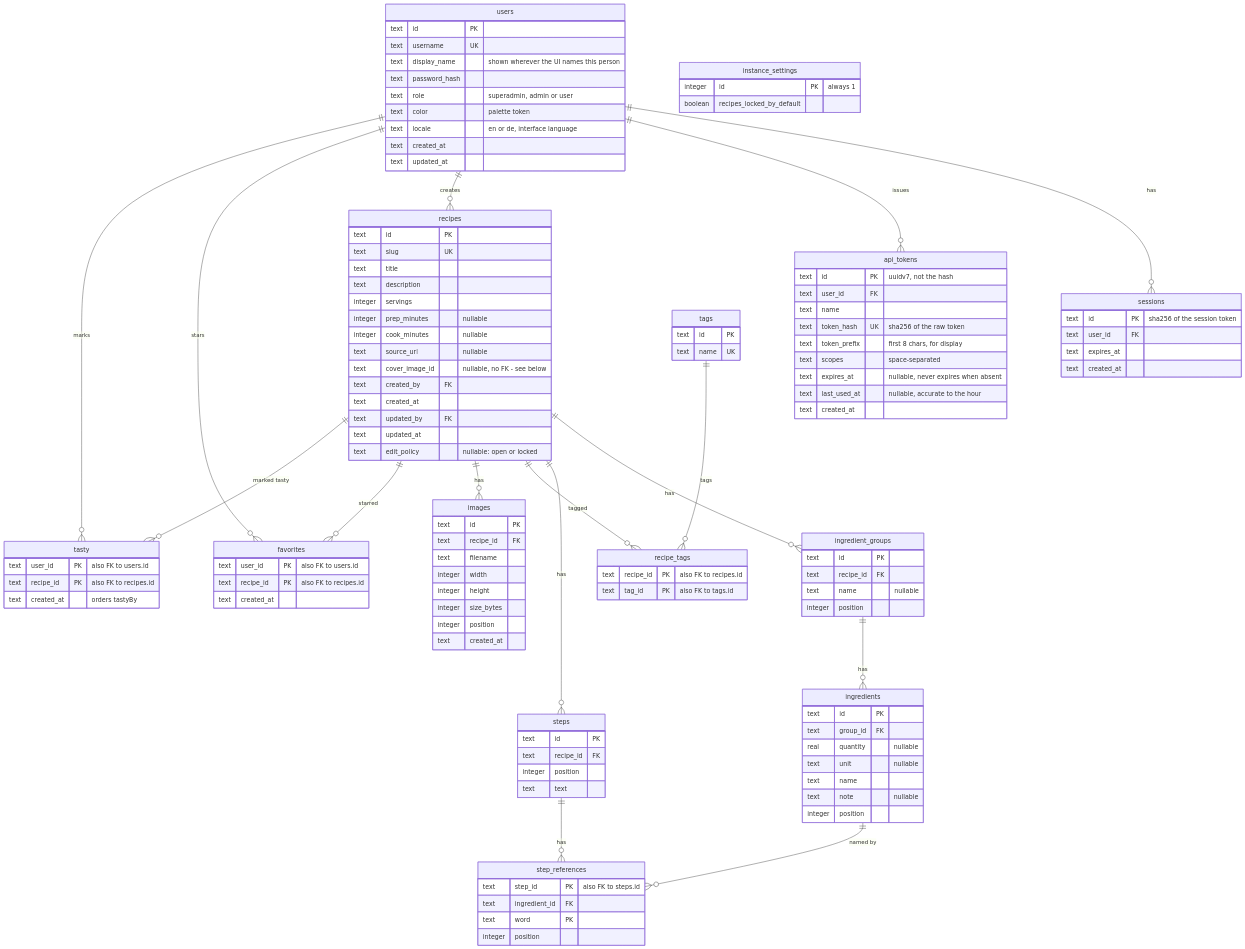
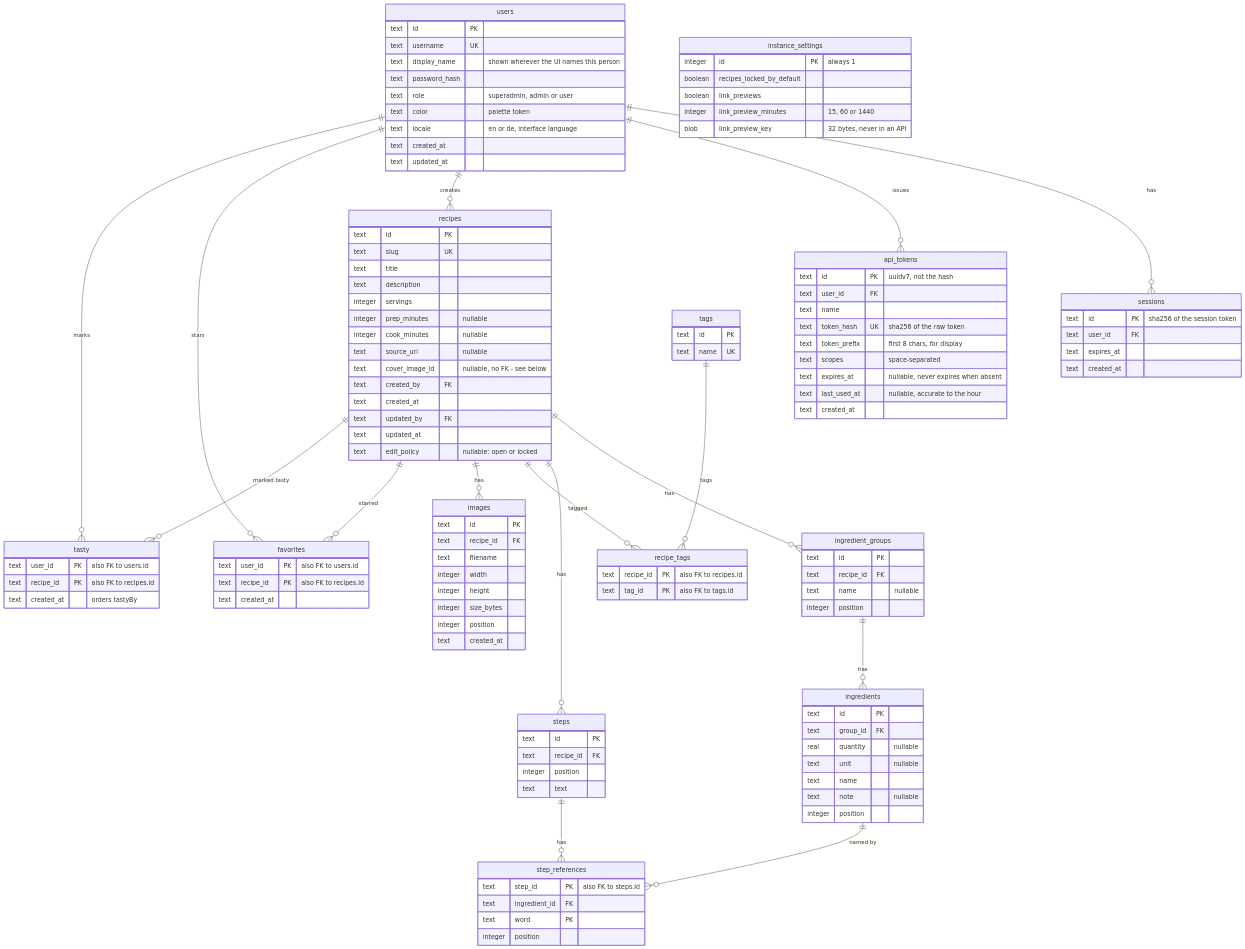
Before and after one commit to s-frei/rezepte: the diagram in docs/memory/content/architecture/data-model.mdx, drawn with Mermaid. The commit also changed other lines of this file and 45 other files, not shown here.

First line of the commit message:
feat: show a shared recipe in link previews

```diff
--- a/docs/memory/content/architecture/data-model.mdx
+++ b/docs/memory/content/architecture/data-model.mdx
@@ -67,6 +67,9 @@
   instance_settings {
     integer id PK "always 1"
     boolean recipes_locked_by_default
+    boolean link_previews
+    integer link_preview_minutes "15, 60 or 1440"
+    blob link_preview_key "32 bytes, never in an API"
   }
   ingredient_groups {
     text id PK
```
